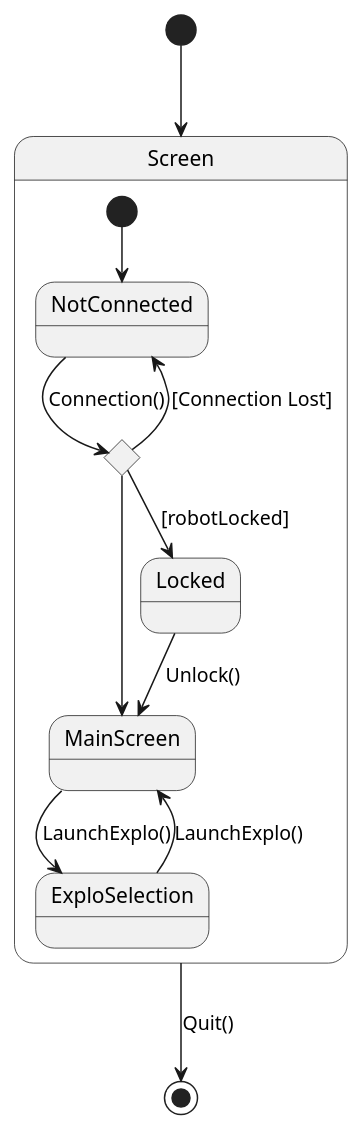
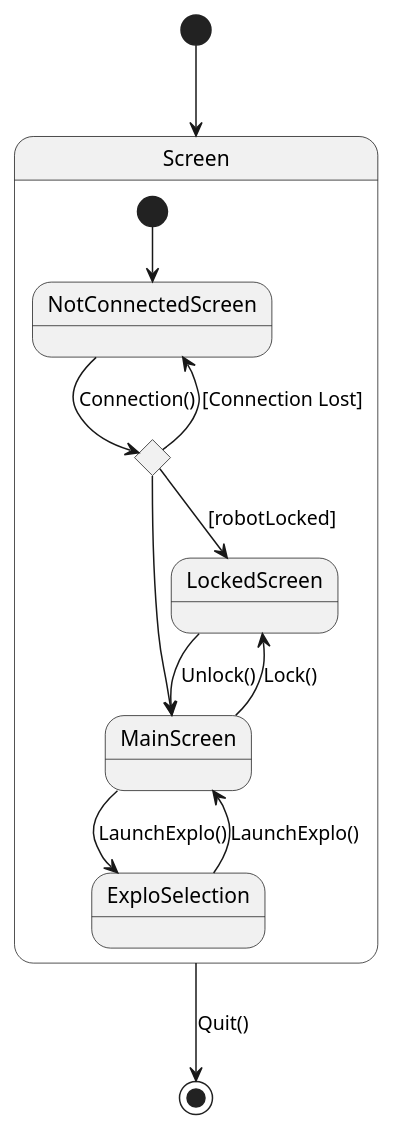
One commit to Larson-09/PATO_Project changed the diagram in Diagrammes UML/3.1.3 - Les écrans/3.1.3 - Diagramme IHM - EN.puml. Above: the diagram before and after it, drawn with PlantUML. The commit also changed 1 other file, not shown here.

Commit message:
Diagramme IHM V1 FR/EN

```diff
--- a/Diagrammes UML/3.1.3 - Les écrans/3.1.3 - Diagramme IHM - EN.puml
+++ b/Diagrammes UML/3.1.3 - Les écrans/3.1.3 - Diagramme IHM - EN.puml
@@ -1,24 +1,25 @@
 @startuml
 [*] --> Screen
 state Screen {
-    state "NotConnected" as NotConnected
+    state "NotConnectedScreen" as NotConnectedScreen
     state "MainScreen" as MainScreen
-    state "Locked" as Locked
+    state "LockedScreen" as LockedScreen
     state "ExploSelection" as ExploSelection
 
     state c <<choice>>
 
-    [*] --> NotConnected
-    NotConnected -> c : Connection()
+    [*] --> NotConnectedScreen
+    NotConnectedScreen -> c : Connection()
 
-    c --> NotConnected : [Connection Lost]
+    c --> NotConnectedScreen : [Connection Lost]
     c --> MainScreen
-    c --> Locked : [robotLocked]
-    Locked --> MainScreen: Unlock()
+    c --> LockedScreen : [robotLocked]
+    LockedScreen --> MainScreen: Unlock()
+    MainScreen --> LockedScreen: Lock()
     MainScreen --> ExploSelection : LaunchExplo()
     ExploSelection --> MainScreen : LaunchExplo()
 }
 
 Screen --> [*] : Quit()
 
 @enduml
```
